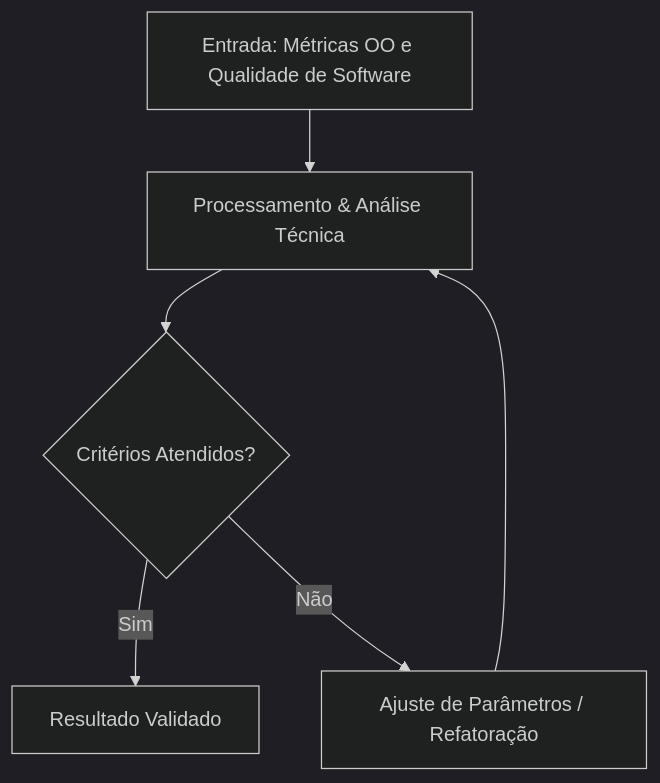
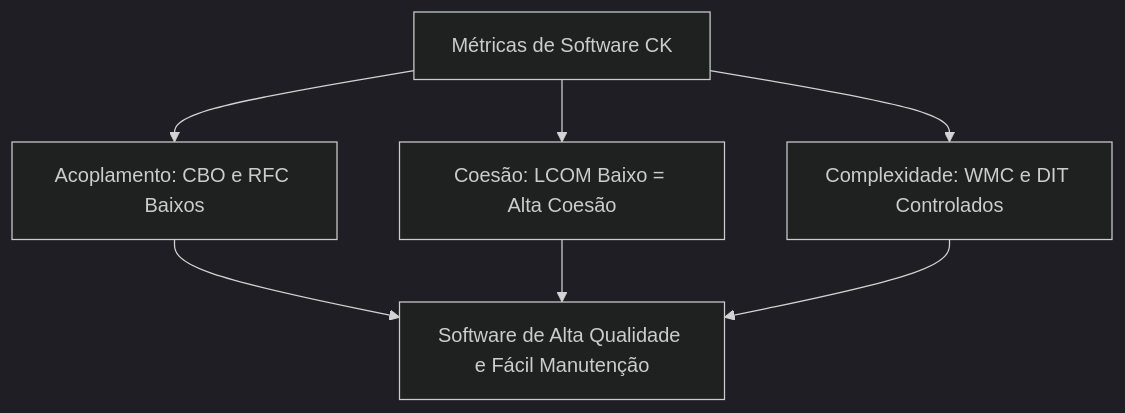
One commit to pedroiff0/page changed the diagram in content/pt-br/resource/Engenharia de Computação/6-periodo/analise-de-software-orientada-a-objetos/anotacoes/aula-14-metricas-oo-e-qualidade-de-software.md. Above: the diagram before and after it, drawn with Mermaid (dark theme). The commit also changed other lines of this file and 826 other files, not shown here.

````diff
--- a/content/pt-br/resource/Engenharia de Computação/6-periodo/analise-de-software-orientada-a-objetos/anotacoes/aula-14-metricas-oo-e-qualidade-de-software.md
+++ b/content/pt-br/resource/Engenharia de Computação/6-periodo/analise-de-software-orientada-a-objetos/anotacoes/aula-14-metricas-oo-e-qualidade-de-software.md
@@ -74,8 +85,7 @@
 ```mermaid
 flowchart TD
-    A[Entrada: Métricas OO e Qualidade de Software] --> B[Processamento & Análise Técnica]
-    B --> C{Critérios Atendidos?}
-    C -- Sim --> D[Resultado Validado]
-    C -- Não --> E[Ajuste de Parâmetros / Refatoração]
-    E --> B
+    Metrics[Métricas de Software CK] --> Coupling[Acoplamento: CBO e RFC Baixos]
+    Metrics --> Cohesion[Coesão: LCOM Baixo = Alta Coesão]
+    Metrics --> Complexity[Complexidade: WMC e DIT Controlados]
+    Coupling & Cohesion & Complexity --> Quality[Software de Alta Qualidade e Fácil Manutenção]
 ```
````
